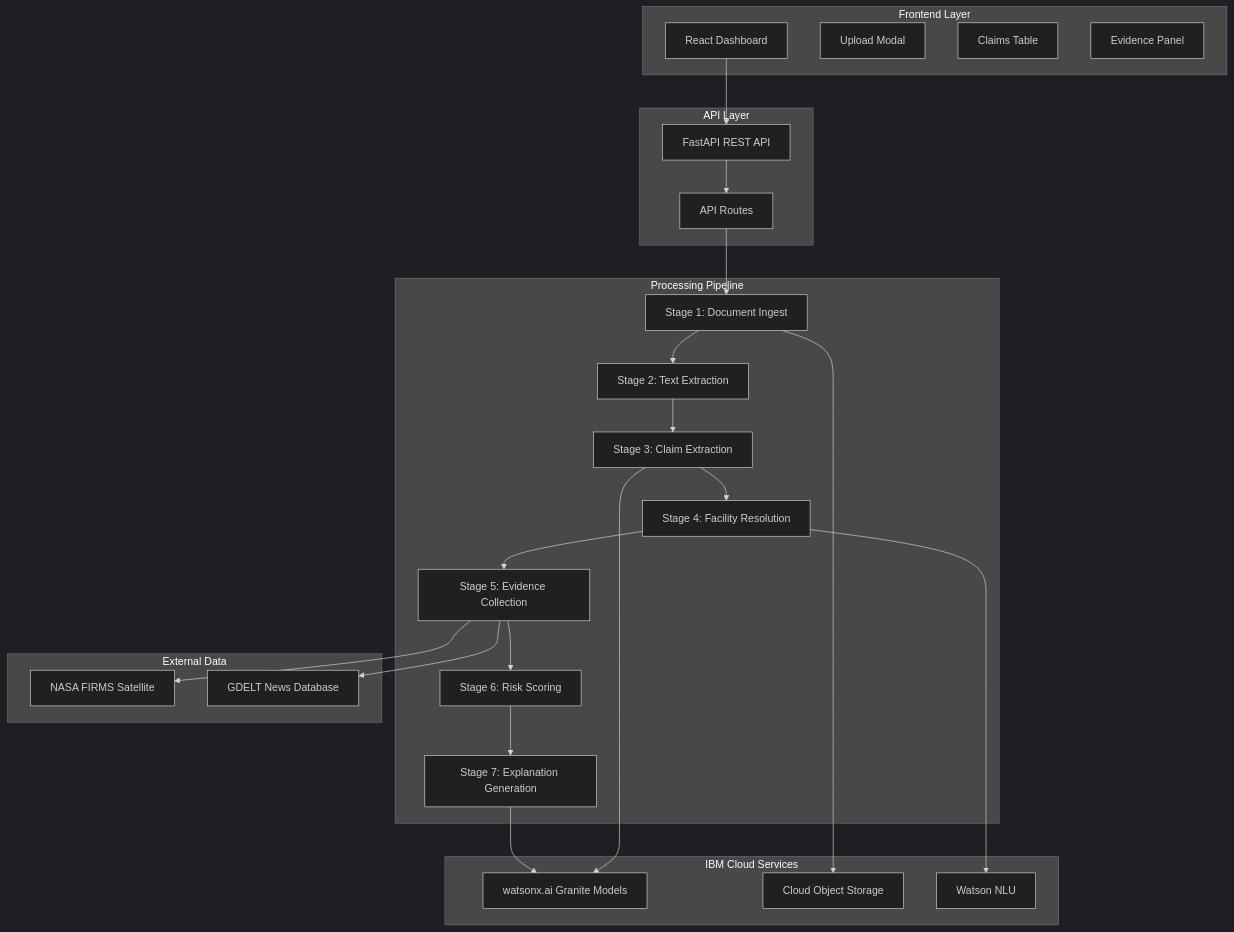
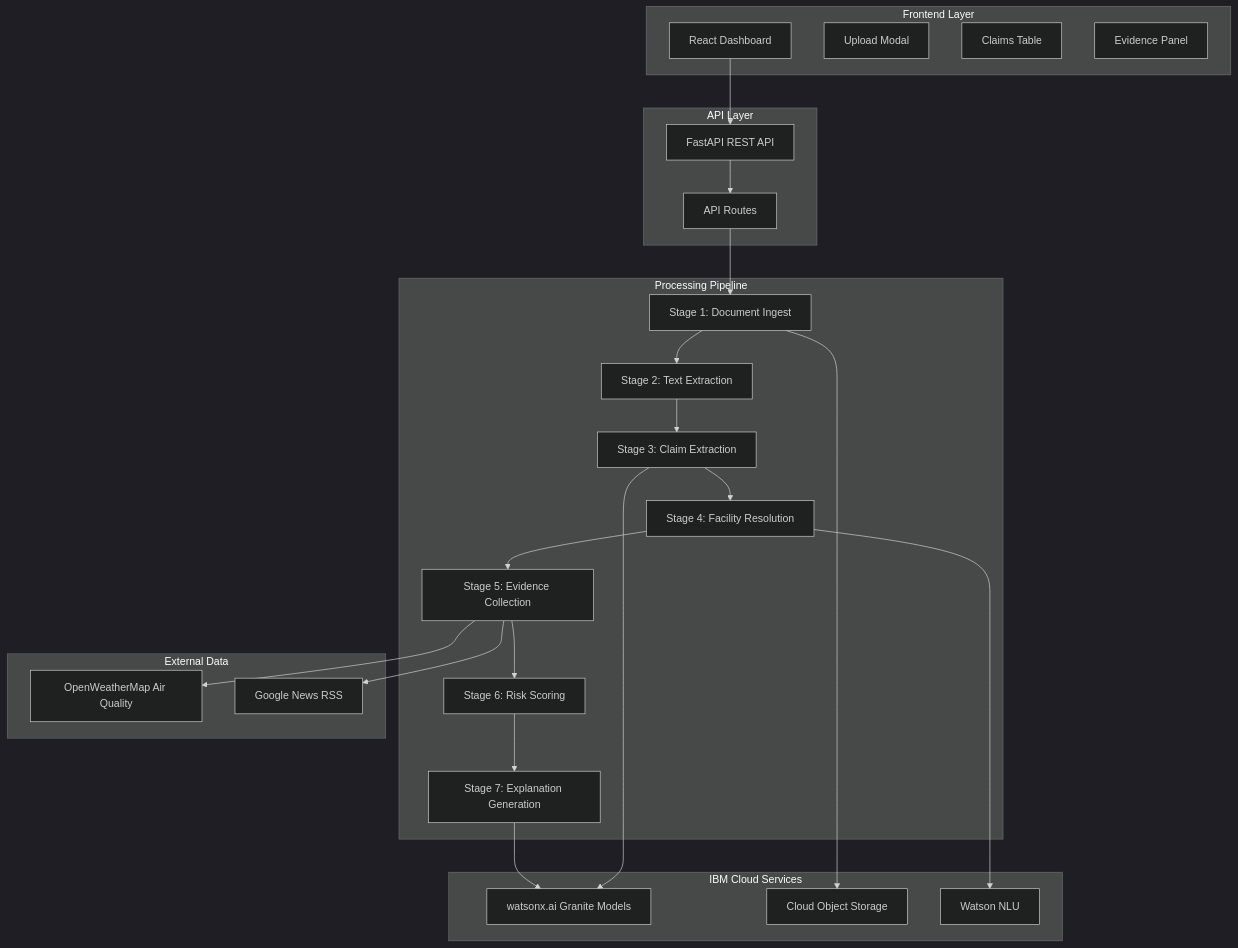
The diagram in WORKFLOW_AND_IMPLEMENTATION.md (Jay-Dosi/LENS), drawn with Mermaid (dark theme) before and after one commit. The commit also changed other lines of this file and 8 other files, not shown here.

````diff
--- a/WORKFLOW_AND_IMPLEMENTATION.md
+++ b/WORKFLOW_AND_IMPLEMENTATION.md
@@ -41,52 +41,52 @@
 ```mermaid
 graph TB
     subgraph "Frontend Layer"
         UI[React Dashboard]
         Upload[Upload Modal]
         Claims[Claims Table]
         Evidence[Evidence Panel]
     end
 
     subgraph "API Layer"
         API[FastAPI REST API]
         Routes[API Routes]
     end
 
     subgraph "Processing Pipeline"
         S1[Stage 1: Document Ingest]
         S2[Stage 2: Text Extraction]
         S3[Stage 3: Claim Extraction]
         S4[Stage 4: Facility Resolution]
         S5[Stage 5: Evidence Collection]
         S6[Stage 6: Risk Scoring]
         S7[Stage 7: Explanation Generation]
     end
 
     subgraph "IBM Cloud Services"
         WX[watsonx.ai Granite Models]
         COS[Cloud Object Storage]
         NLU[Watson NLU]
     end
 
     subgraph "External Data"
-        FIRMS[NASA FIRMS Satellite]
-        GDELT[GDELT News Database]
+        OWM[OpenWeatherMap Air Quality]
+        NEWS[Google News RSS]
     end
 
     UI --> API
     API --> Routes
     Routes --> S1
     S1 --> S2
     S2 --> S3
     S3 --> S4
     S4 --> S5
     S5 --> S6
     S6 --> S7
 
     S1 --> COS
     S3 --> WX
     S4 --> NLU
-    S5 --> FIRMS
-    S5 --> GDELT
+    S5 --> OWM
+    S5 --> NEWS
     S7 --> WX
 ```
````
